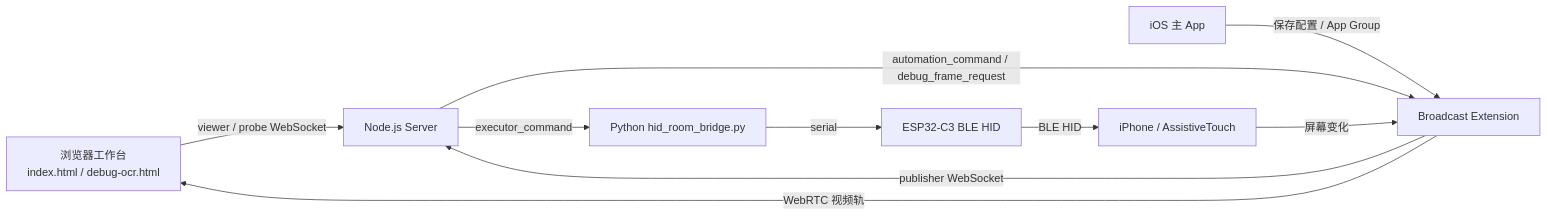
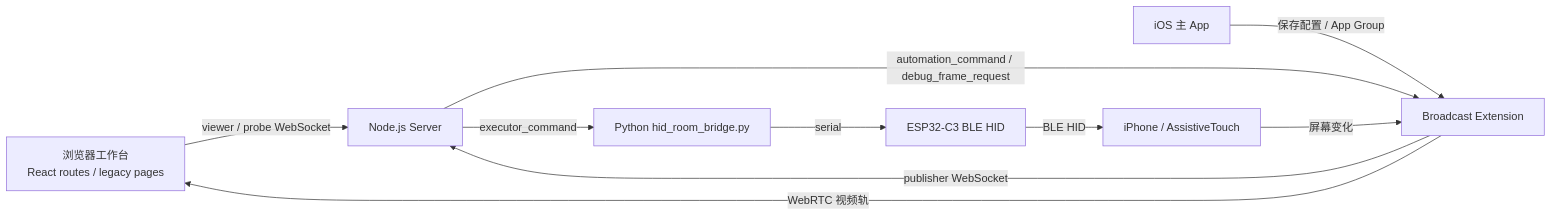
The diagram in docs/core-projects-overview.md (111fanyj/ios_stream_live_demo), drawn with Mermaid before and after one commit. The commit also changed other lines of this file and 9 other files, not shown here.

````diff
--- a/docs/core-projects-overview.md
+++ b/docs/core-projects-overview.md
@@ -34,12 +34,12 @@
 ```mermaid
 flowchart LR
-    Browser[浏览器工作台<br/>index.html / debug-ocr.html] -->|viewer / probe WebSocket| Server[Node.js Server]
+  Browser[浏览器工作台<br/>React routes / legacy pages] -->|viewer / probe WebSocket| Server[Node.js Server]
     iOSApp[iOS 主 App] -->|保存配置 / App Group| Extension[Broadcast Extension]
     Extension -->|publisher WebSocket| Server
     Extension -->|WebRTC 视频轨| Browser
     Server -->|automation_command / debug_frame_request| Extension
     Server -->|executor_command| Bridge[Python hid_room_bridge.py]
     Bridge -->|serial| ESP32[ESP32-C3 BLE HID]
     ESP32 -->|BLE HID| iPhone[iPhone / AssistiveTouch]
     iPhone -->|屏幕变化| Extension
 ```
````
